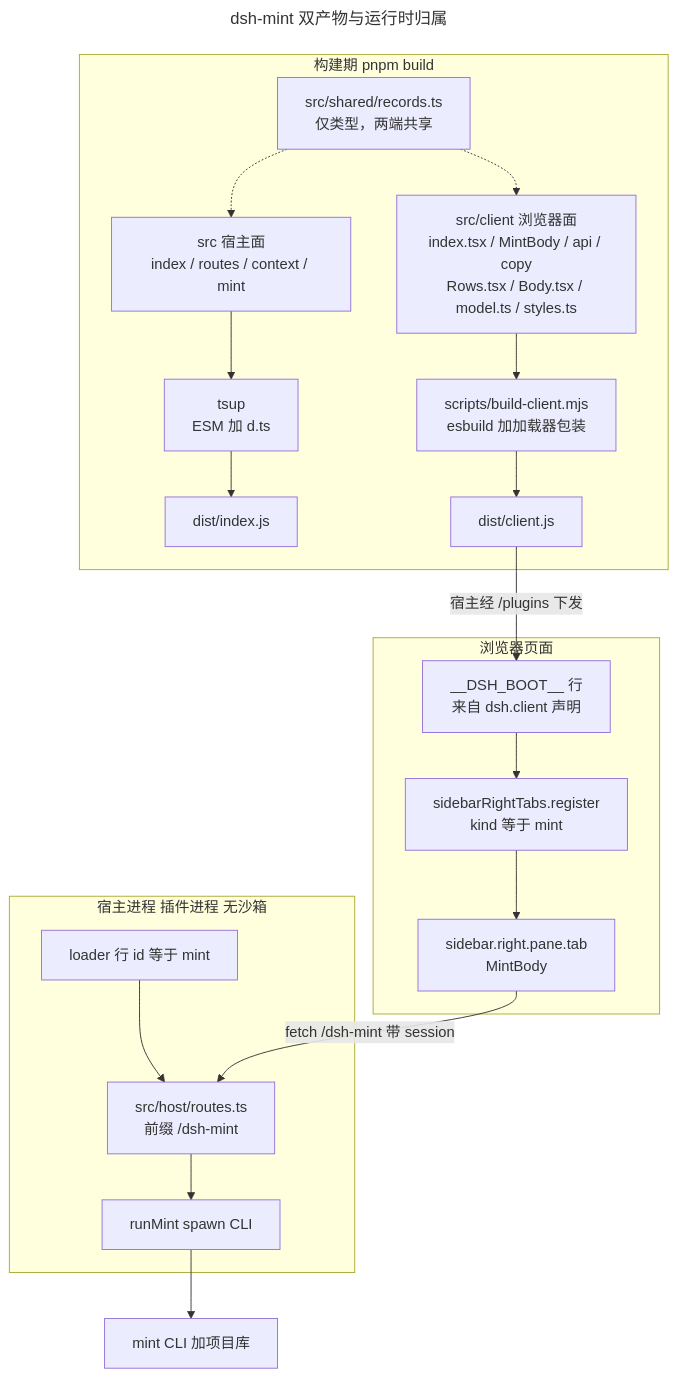
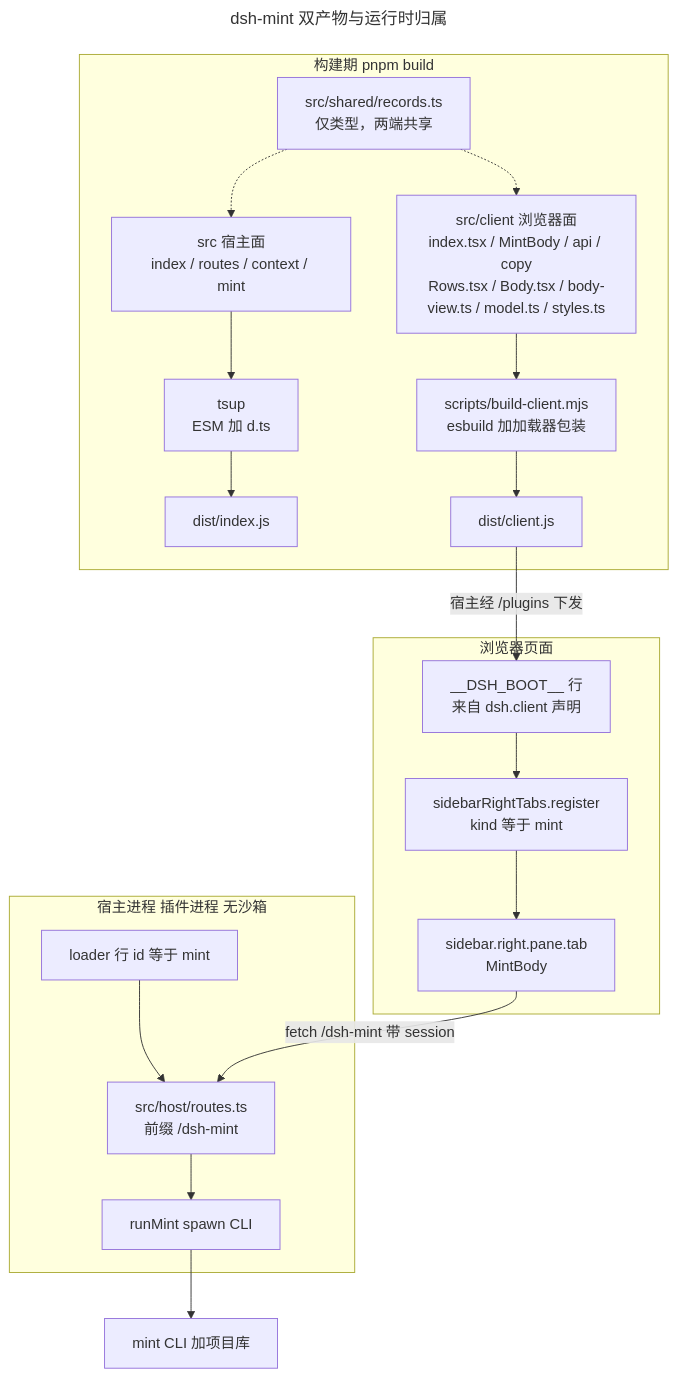
Before and after one commit to yanqd0/dsh-mint: the first of 2 diagrams in notes/client-architecture.md, drawn with Mermaid. The commit also changed other lines of this file and 4 other files, not shown here.

````diff
--- a/notes/client-architecture.md
+++ b/notes/client-architecture.md
@@ -24,32 +24,32 @@
 ```mermaid
 ---
 title: dsh-mint 双产物与运行时归属
 ---
 flowchart TB
   subgraph build["构建期 pnpm build"]
     srchost["src 宿主面<br/>index / routes / context / mint"]
-    srcclient["src/client 浏览器面<br/>index.tsx / MintBody / api / copy<br/>Rows.tsx / Body.tsx / model.ts / styles.ts"]
+    srcclient["src/client 浏览器面<br/>index.tsx / MintBody / api / copy<br/>Rows.tsx / Body.tsx / body-view.ts / model.ts / styles.ts"]
     shared["src/shared/records.ts<br/>仅类型，两端共享"]
     tsup["tsup<br/>ESM 加 d.ts"]
     esb["scripts/build-client.mjs<br/>esbuild 加加载器包装"]
     srchost --> tsup --> dhost["dist/index.js"]
     srcclient --> esb --> dclient["dist/client.js"]
     shared -.-> srchost
     shared -.-> srcclient
   end
   subgraph hostside["宿主进程 插件进程 无沙箱"]
     row["loader 行 id 等于 mint"]
     routes["src/host/routes.ts<br/>前缀 /dsh-mint"]
     runner["runMint spawn CLI"]
     row --> routes --> runner
   end
   subgraph pageside["浏览器页面"]
     boot["__DSH_BOOT__ 行<br/>来自 dsh.client 声明"]
     tabtype["sidebarRightTabs.register<br/>kind 等于 mint"]
     body["sidebar.right.pane.tab<br/>MintBody"]
     boot --> tabtype --> body
   end
   dclient -->|"宿主经 /plugins 下发"| boot
   body -->|"fetch /dsh-mint 带 session"| routes
   runner --> cli["mint CLI 加项目库"]
 ```
````
